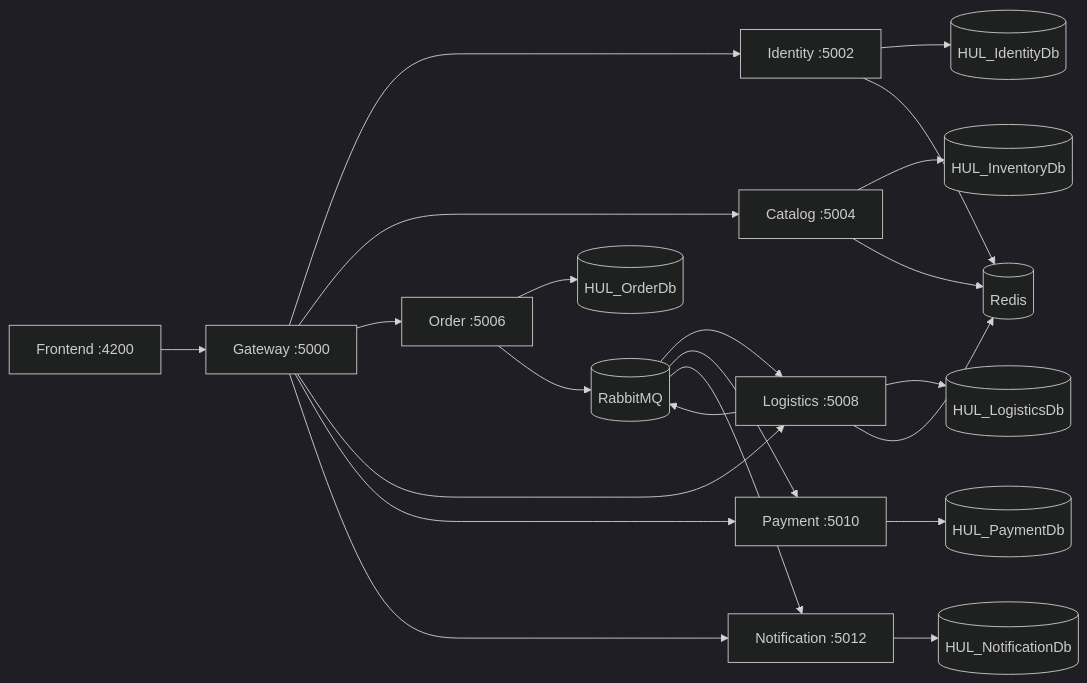
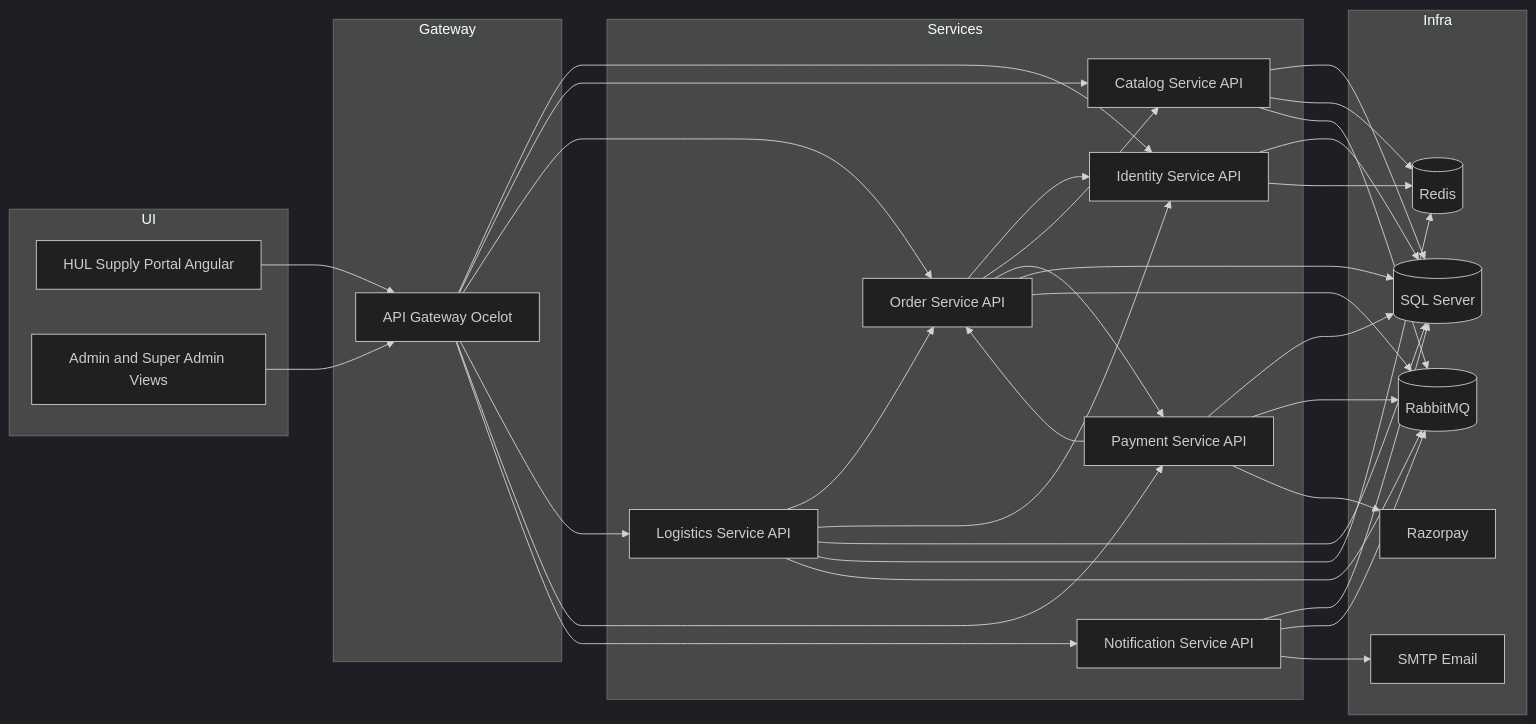
The second of 3 diagrams in docs/HLD.md (srikaran3004/Enterprise-B2B-Supply-Chain-Platform), drawn with Mermaid (dark theme) before and after one commit. The commit also changed other lines of this file and 3 other files, not shown here.

Commit message:
docs: add architectural diagrams and design documentation for the supply chain platform

````diff
--- a/docs/HLD.md
+++ b/docs/HLD.md
@@ -47,46 +60,65 @@
 ```mermaid
 flowchart LR
-    FE[Frontend :4200]
-    GW[Gateway :5000]
+    subgraph UI
+        Portal[HUL Supply Portal Angular]
+        AdminViews[Admin and Super Admin Views]
+    end
 
-    ID[Identity :5002]
-    CAT[Catalog :5004]
-    ORD[Order :5006]
-    LOG[Logistics :5008]
-    PAY[Payment :5010]
-    NOTI[Notification :5012]
+    subgraph Gateway
+        GW[API Gateway Ocelot]
+    end
 
-    SQLI[(HUL_IdentityDb)]
-    SQLC[(HUL_InventoryDb)]
-    SQLO[(HUL_OrderDb)]
-    SQLL[(HUL_LogisticsDb)]
-    SQLP[(HUL_PaymentDb)]
-    SQLN[(HUL_NotificationDb)]
-    RED[(Redis)]
-    RBT[(RabbitMQ)]
+    subgraph Services
+        ID[Identity Service API]
+        CAT[Catalog Service API]
+        ORD[Order Service API]
+        LOG[Logistics Service API]
+        PAY[Payment Service API]
+        NOTIF[Notification Service API]
+    end
 
-    FE --> GW
+    subgraph Infra
+        SQL[(SQL Server)]
+        RED[(Redis)]
+        MQ[(RabbitMQ)]
+        RZ[Razorpay]
+        SMTP[SMTP Email]
+    end
+
+    Portal --> GW
+    AdminViews --> GW
+
     GW --> ID
     GW --> CAT
     GW --> ORD
     GW --> LOG
     GW --> PAY
-    GW --> NOTI
+    GW --> NOTIF
 
-    ID --> SQLI
-    CAT --> SQLC
-    ORD --> SQLO
-    LOG --> SQLL
-    PAY --> SQLP
-    NOTI --> SQLN
+    ORD --> ID
+    ORD --> CAT
+    ORD --> PAY
+    LOG --> ORD
+    LOG --> ID
+    PAY --> ORD
+
+    ID --> SQL
+    CAT --> SQL
+    ORD --> SQL
+    LOG --> SQL
+    PAY --> SQL
+    NOTIF --> SQL
 
     ID --> RED
     CAT --> RED
     LOG --> RED
 
-    ORD --> RBT
-    LOG --> RBT
-    RBT --> LOG
-    RBT --> PAY
-    RBT --> NOTI
+    ORD --> MQ
+    CAT --> MQ
+    LOG --> MQ
+    PAY --> MQ
+    NOTIF --> MQ
+
+    PAY --> RZ
+    NOTIF --> SMTP
 ```
````
